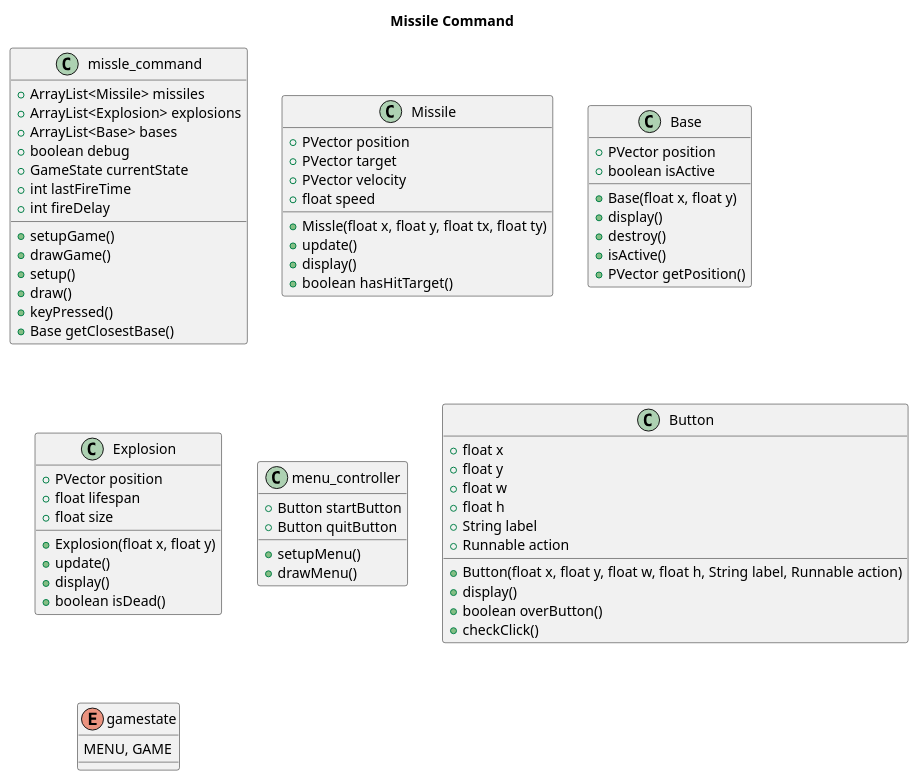
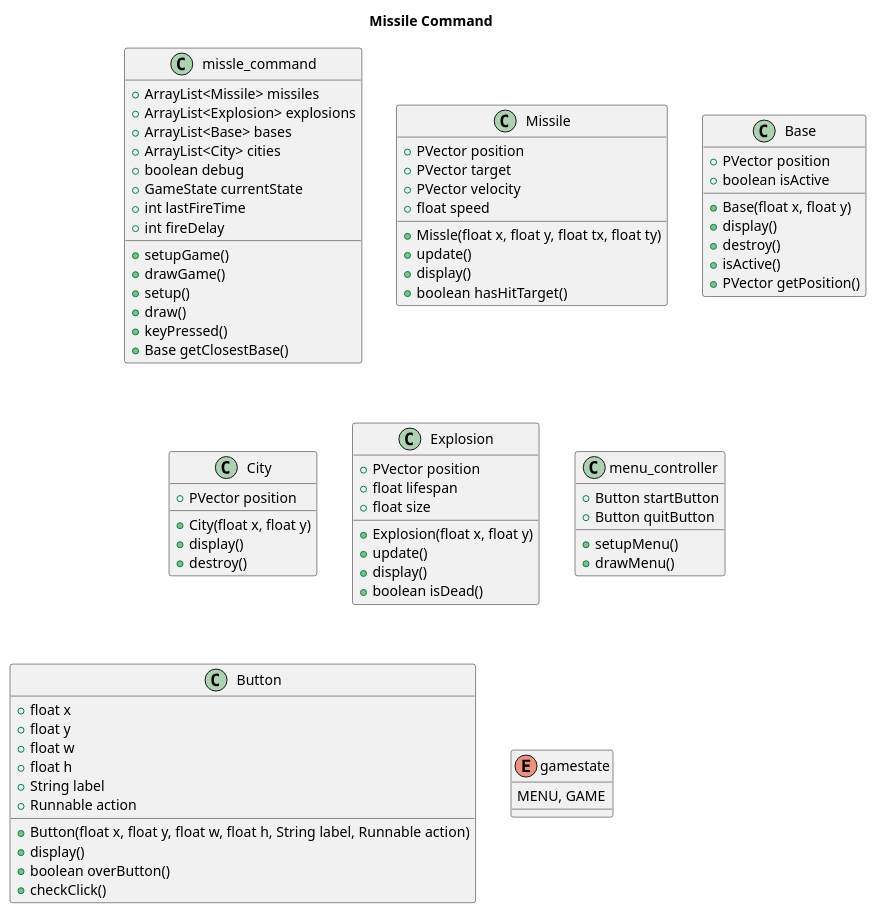
The diagram in UMLdiagram.puml (dangoodie/missile_command), drawn with PlantUML before and after one commit. The commit also changed 2 other files, not shown here.

Commit message:
creating city logic

```diff
--- a/UMLdiagram.puml
+++ b/UMLdiagram.puml
@@ -1,73 +1,81 @@
 @startuml Missile Command
 title Missile Command
 
 class missle_command {
   +ArrayList<Missile> missiles
   +ArrayList<Explosion> explosions
   +ArrayList<Base> bases
+  +ArrayList<City> cities
   +boolean debug
   +GameState currentState
   +int lastFireTime
   +int fireDelay
   +setupGame()
   +drawGame()
   +setup()
   +draw()
   +keyPressed()
   +Base getClosestBase()
 }
 
 class Missile {
   +PVector position
   +PVector target
   +PVector velocity
   +float speed
   +Missle(float x, float y, float tx, float ty)
   +update()
   +display()
   +boolean hasHitTarget()
 }
 
 class Base {
   +PVector position
   +boolean isActive
   +Base(float x, float y)
   +display()
   +destroy()
   +isActive()
   +PVector getPosition()
+}
+
+class City {
+  +PVector position
+  +City(float x, float y)
+  +display()
+  +destroy()
 }
 
 class Explosion {
   +PVector position
   +float lifespan
   +float size
   +Explosion(float x, float y)
   +update()
   +display()
   +boolean isDead()
 }
 
 class menu_controller {
   +Button startButton
   +Button quitButton
   +setupMenu()
   +drawMenu()
 }
 
 class Button {
   +float x
   +float y
   +float w
   +float h
   +String label
   +Runnable action
   +Button(float x, float y, float w, float h, String label, Runnable action)
   +display()
   +boolean overButton()
   +checkClick()
 }
 enum gamestate {
   MENU, GAME
 }
 @enduml
```
